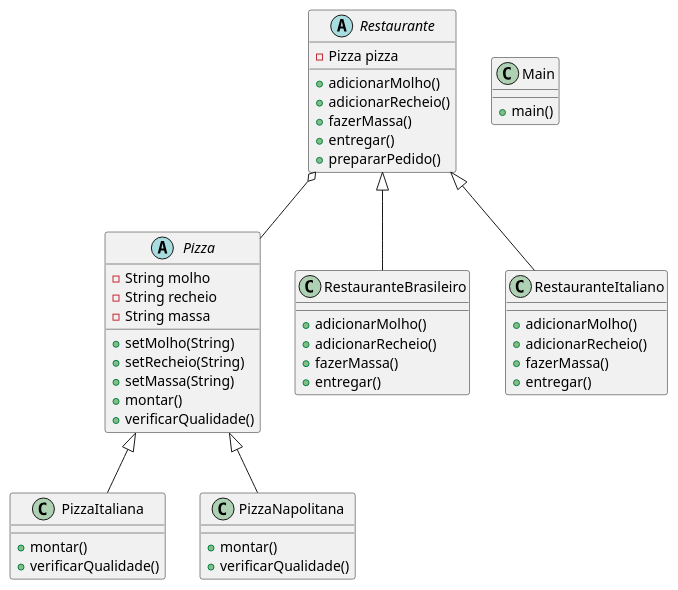
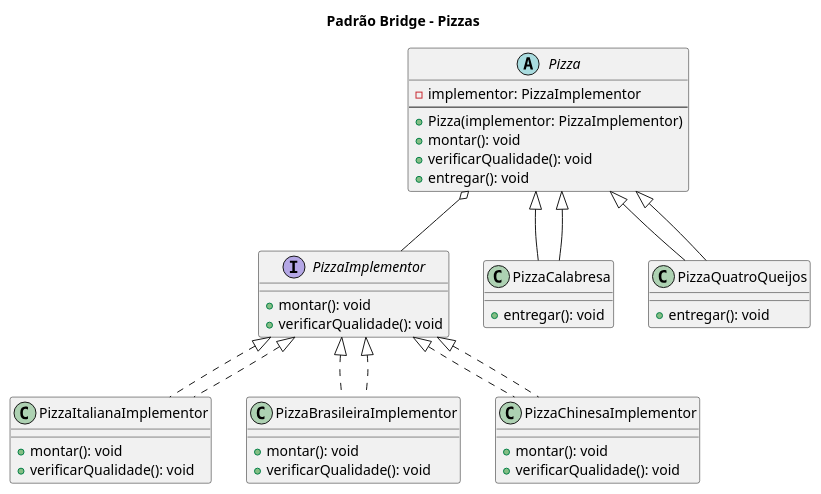
Before and after one commit to 20242-ifba-saj-ads-ppr/seminario-ppr-estrutural-bridge-builder: the second of 2 diagrams in README.md, drawn with PlantUML. The commit also changed other lines of this file, not shown here.

````diff
--- a/README.md
+++ b/README.md
@@ -60,60 +68,57 @@
 ```plantuml
 @startuml
-abstract class Pizza {
-    - String molho
-    - String recheio
-    - String massa
-    + setMolho(String)
-    + setRecheio(String)
-    + setMassa(String)
-    + montar()
-    + verificarQualidade()
+title Padrão Bridge - Pizzas
+
+' -- Interface do Implementor --
+interface PizzaImplementor {
+  + montar(): void
+  + verificarQualidade(): void
 }
 
-class PizzaItaliana {
-    + montar()
-    + verificarQualidade()
+' -- Implementações concretas do Implementor --
+class PizzaItalianaImplementor implements PizzaImplementor {
+  + montar(): void
+  + verificarQualidade(): void
 }
 
-class PizzaNapolitana {
-    + montar()
-    + verificarQualidade()
+class PizzaBrasileiraImplementor implements PizzaImplementor {
+  + montar(): void
+  + verificarQualidade(): void
 }
 
-
-Pizza <|-- PizzaItaliana
-Pizza <|-- PizzaNapolitana
-
-abstract class Restaurante {
-    - Pizza pizza
-    + adicionarMolho()
-    + adicionarRecheio()
-    + fazerMassa()
-    + entregar()
-    + prepararPedido()
+class PizzaChinesaImplementor implements PizzaImplementor {
+  + montar(): void
+  + verificarQualidade(): void
 }
 
-class RestauranteBrasileiro {
-    + adicionarMolho()
-    + adicionarRecheio()
-    + fazerMassa()
-    + entregar()
+' -- Classe Abstrata Pizza --
+abstract class Pizza {
+  - implementor: PizzaImplementor
+  --
+  + Pizza(implementor: PizzaImplementor)
+  + montar(): void
+  + verificarQualidade(): void
+  + entregar(): void
 }
 
-
-class RestauranteItaliano {
-    + adicionarMolho()
-    + adicionarRecheio()
-    + fazerMassa()
-    + entregar()
+' -- Sabores concretos de Pizza (Refined Abstractions) --
+class PizzaCalabresa extends Pizza {
+  + entregar(): void
 }
 
-Restaurante <|-- RestauranteBrasileiro
-Restaurante <|-- RestauranteItaliano
-Restaurante o-- Pizza
+class PizzaQuatroQueijos extends Pizza {
+  + entregar(): void
+}
 
-class Main{
-    + main()
-}
+' -- Ligações do diagrama --
+PizzaImplementor <|.. PizzaItalianaImplementor
+PizzaImplementor <|.. PizzaBrasileiraImplementor
+PizzaImplementor <|.. PizzaChinesaImplementor
+
+Pizza <|-- PizzaCalabresa
+Pizza <|-- PizzaQuatroQueijos
+
+' A Abstração "Pizza" mantém uma composição com "PizzaImplementor"
+Pizza o-- PizzaImplementor
 @enduml
 ```
````
